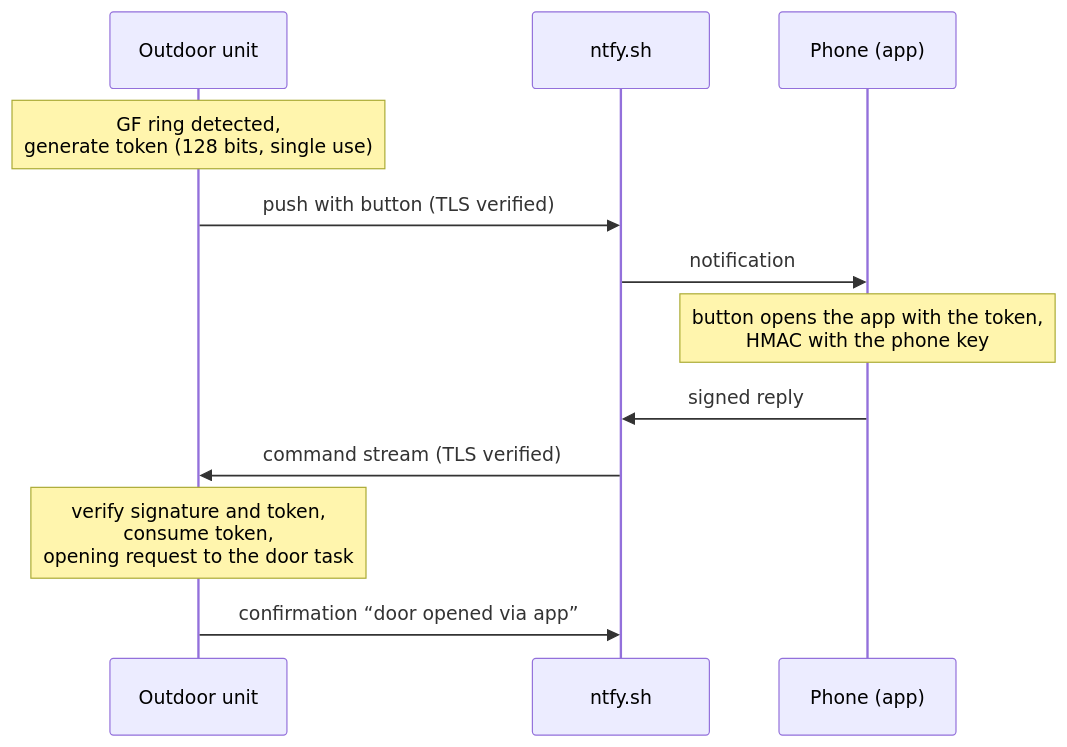
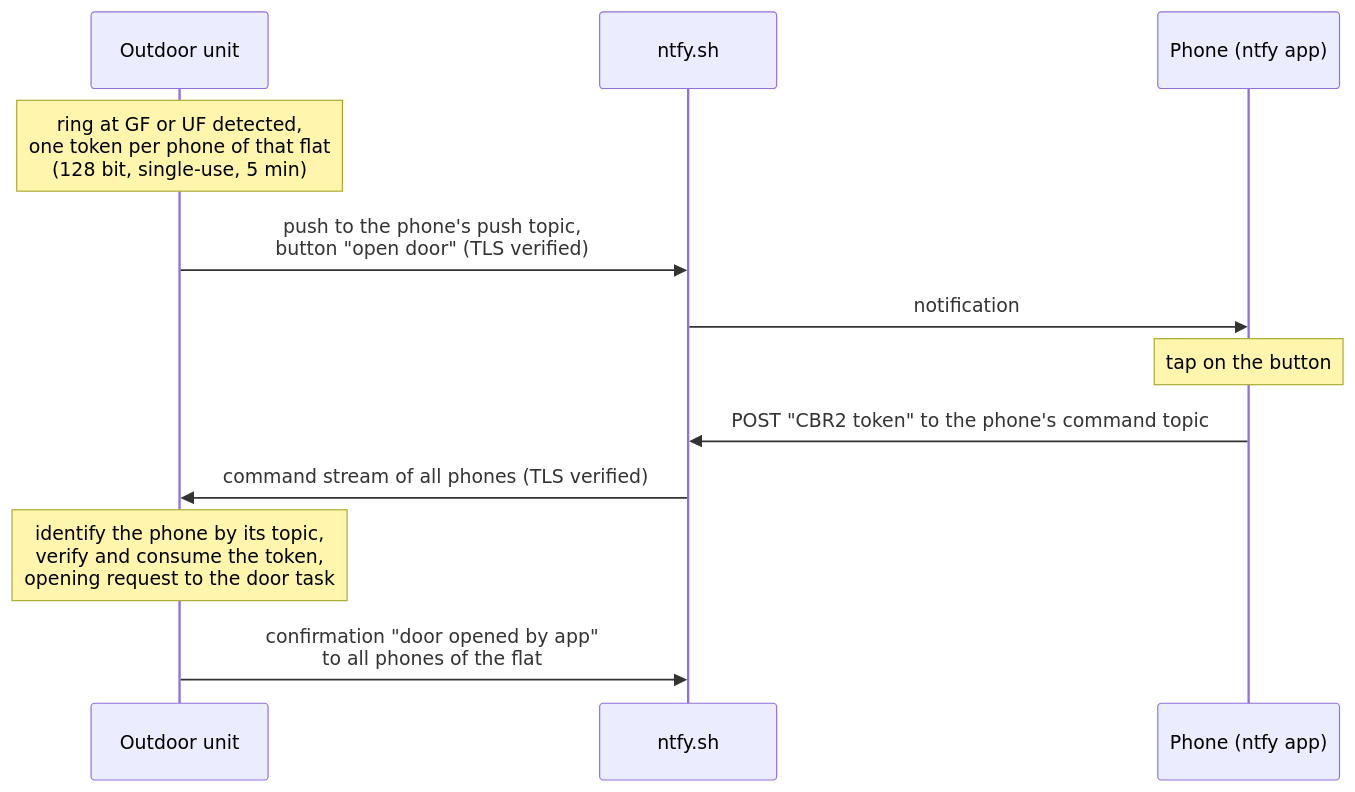
Before and after one commit to akoerner-dev/ClearBell: the fifth of 9 diagrams in docs/Softwarearchitektur_V0.2.en.md, drawn with Mermaid. The commit also changed other lines of this file and 19 other files, not shown here.

````diff
--- a/docs/Softwarearchitektur_V0.2.en.md
+++ b/docs/Softwarearchitektur_V0.2.en.md
@@ -425,14 +423,14 @@
 ```mermaid
 sequenceDiagram
     participant A as Outdoor unit
     participant N as ntfy.sh
-    participant H as Phone (app)
-    Note over A: GF ring detected,<br/>generate token (128 bits, single use)
-    A->>N: push with button (TLS verified)
+    participant H as Phone (ntfy app)
+    Note over A: ring at GF or UF detected,<br/>one token per phone of that flat<br/>(128 bit, single-use, 5 min)
+    A->>N: push to the phone's push topic,<br/>button "open door" (TLS verified)
     N->>H: notification
-    Note over H: button opens the app with the token,<br/>HMAC with the phone key
-    H->>N: signed reply
-    N->>A: command stream (TLS verified)
-    Note over A: verify signature and token,<br/>consume token,<br/>opening request to the door task
-    A->>N: confirmation “door opened via app”
+    Note over H: tap on the button
+    H->>N: POST "CBR2 token" to the phone's command topic
+    N->>A: command stream of all phones (TLS verified)
+    Note over A: identify the phone by its topic,<br/>verify and consume the token,<br/>opening request to the door task
+    A->>N: confirmation "door opened by app"<br/>to all phones of the flat
 ```
````
